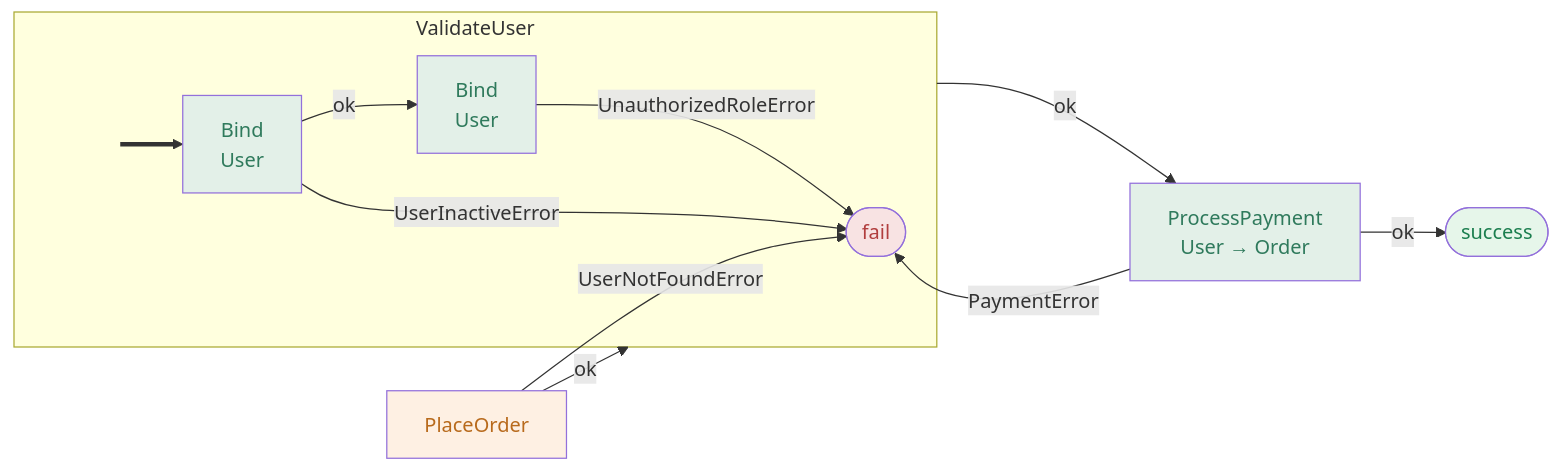
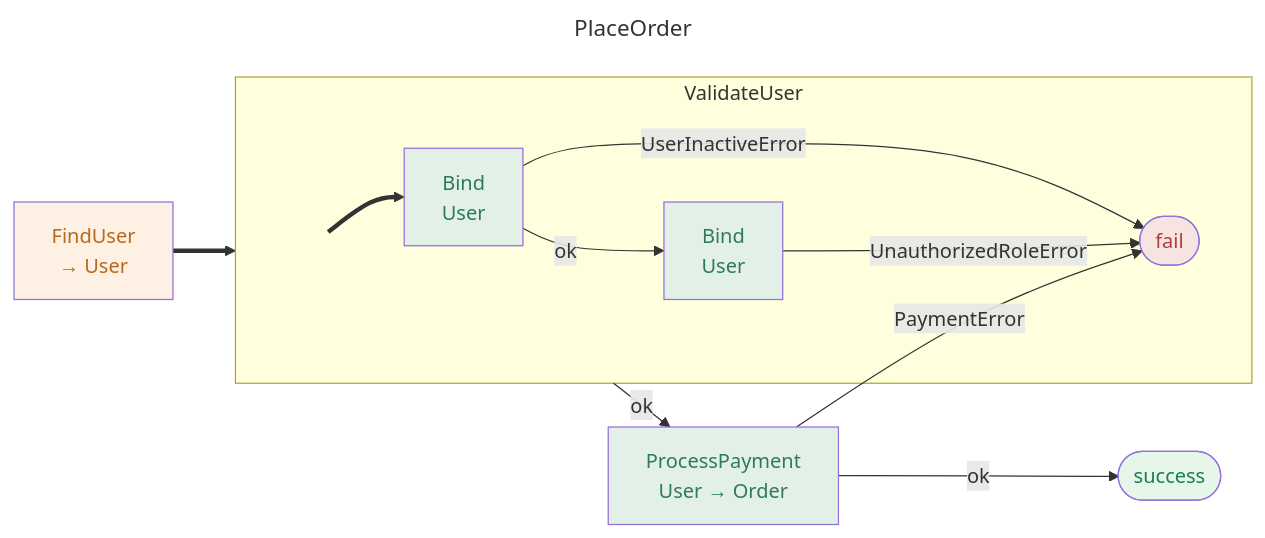
One commit to reslava/nuget-package-reslava-result changed the third of 6 diagrams in mkdocs/resultflow/diagrams/index.md. Above: the diagram before and after it, drawn with Mermaid. The commit also changed other lines of this file and 22 other files, not shown here.

First line of the commit message:
feat: v1.47.1 — Diagram title, root entry node, code action fixes

````diff
--- a/mkdocs/resultflow/diagrams/index.md
+++ b/mkdocs/resultflow/diagrams/index.md
@@ -75,30 +76,31 @@
 ```mermaid
+---
+title: PlaceOrder
+---
 flowchart LR
-  N0_PlaceOrder["PlaceOrder"]:::operation
-  N0_PlaceOrder -->|ok| sg_N1_ValidateUser
-  N0_PlaceOrder -->|"UserNotFoundError"| FAIL
+  ENTRY_ROOT["FindUser<br/>→ User"]:::operation ==> sg_N0_ValidateUser
 
-  subgraph sg_N1_ValidateUser["ValidateUser"]
-    ENTRY_N1_ValidateUser[ ]:::entry
-    ENTRY_N1_ValidateUser[ ] ==> N1_0_Bind
-    N1_0_Bind["Bind<br/>User"]:::transform
-    N1_0_Bind -->|ok| N1_1_Bind
-    N1_0_Bind -->|"UserInactiveError"| FAIL
-    N1_1_Bind["Bind<br/>User"]:::transform
-    N1_1_Bind -->|"UnauthorizedRoleError"| FAIL
+  subgraph sg_N0_ValidateUser["ValidateUser"]
+    ENTRY_N0_ValidateUser[ ]:::entry
+    ENTRY_N0_ValidateUser[ ] ==> N0_0_Bind
+    N0_0_Bind["Bind<br/>User"]:::transform
+    N0_0_Bind -->|ok| N0_1_Bind
+    N0_0_Bind -->|"UserInactiveError"| FAIL
+    N0_1_Bind["Bind<br/>User"]:::transform
+    N0_1_Bind -->|"UnauthorizedRoleError"| FAIL
   end
 
-  sg_N1_ValidateUser -->|ok| N2_ProcessPayment
-  N2_ProcessPayment["ProcessPayment<br/>User → Order"]:::transform
-  N2_ProcessPayment -->|"PaymentError"| FAIL
-  N2_ProcessPayment -->|ok| SUCCESS
+  sg_N0_ValidateUser -->|ok| N1_ProcessPayment
+  N1_ProcessPayment["ProcessPayment<br/>User → Order"]:::transform
+  N1_ProcessPayment -->|"PaymentError"| FAIL
+  N1_ProcessPayment -->|ok| SUCCESS
 
   FAIL([fail]):::failure
   SUCCESS([success]):::success
 
   classDef operation fill:#fef0e3,color:#b86a1c
   classDef transform fill:#e3f0e8,color:#2f7a5c
   classDef failure   fill:#f8e3e3,color:#b13e3e
   classDef success   fill:#e6f6ea,color:#1c7e4f
   classDef entry     fill:none,stroke:none
 ```
````
